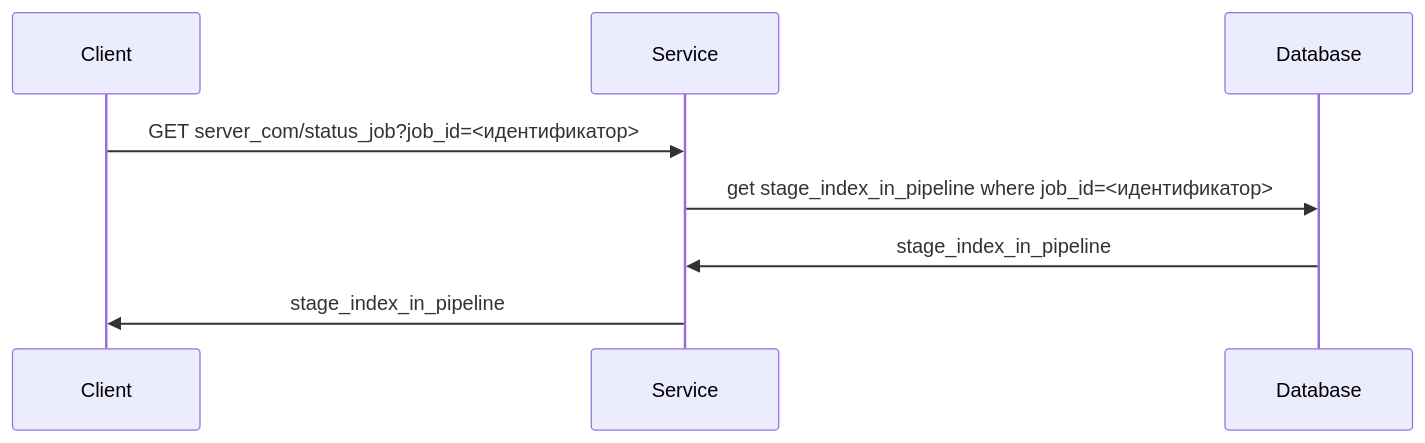
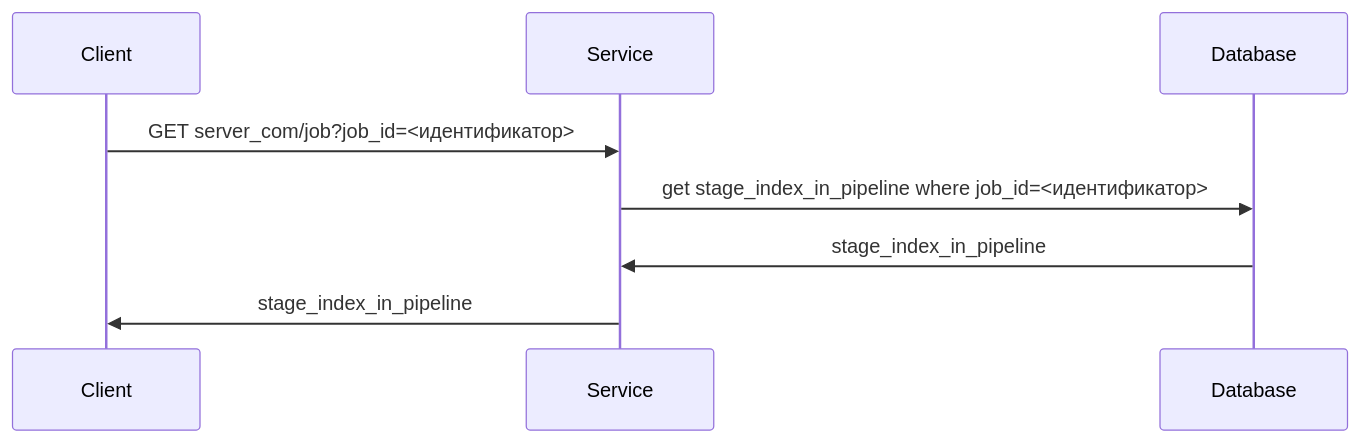
Before and after one commit to Jwostik/FastAPI: the fourth of 5 diagrams in pipeline.md, drawn with Mermaid. The commit also changed other lines of this file, not shown here.

````diff
--- a/pipeline.md
+++ b/pipeline.md
@@ -85,10 +91,10 @@
 ```mermaid
 sequenceDiagram
     participant C as Client
     participant S as Service
     participant D as Database
-    C->>S: GET server_com/status_job?job_id=<идентификатор>
+    C->>S: GET server_com/job?job_id=<идентификатор>
     S->>D: get stage_index_in_pipeline where job_id=<идентификатор>
     D->>S: stage_index_in_pipeline
     S->>C: stage_index_in_pipeline
 ```
````
